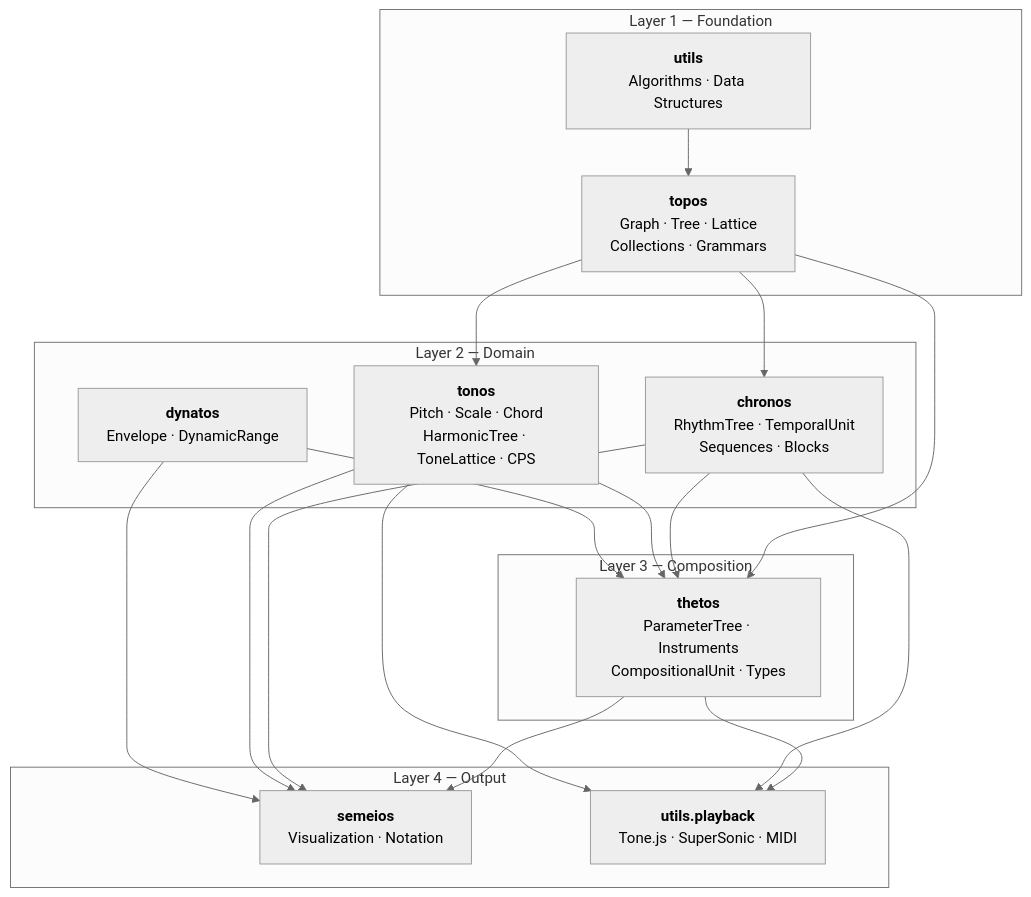
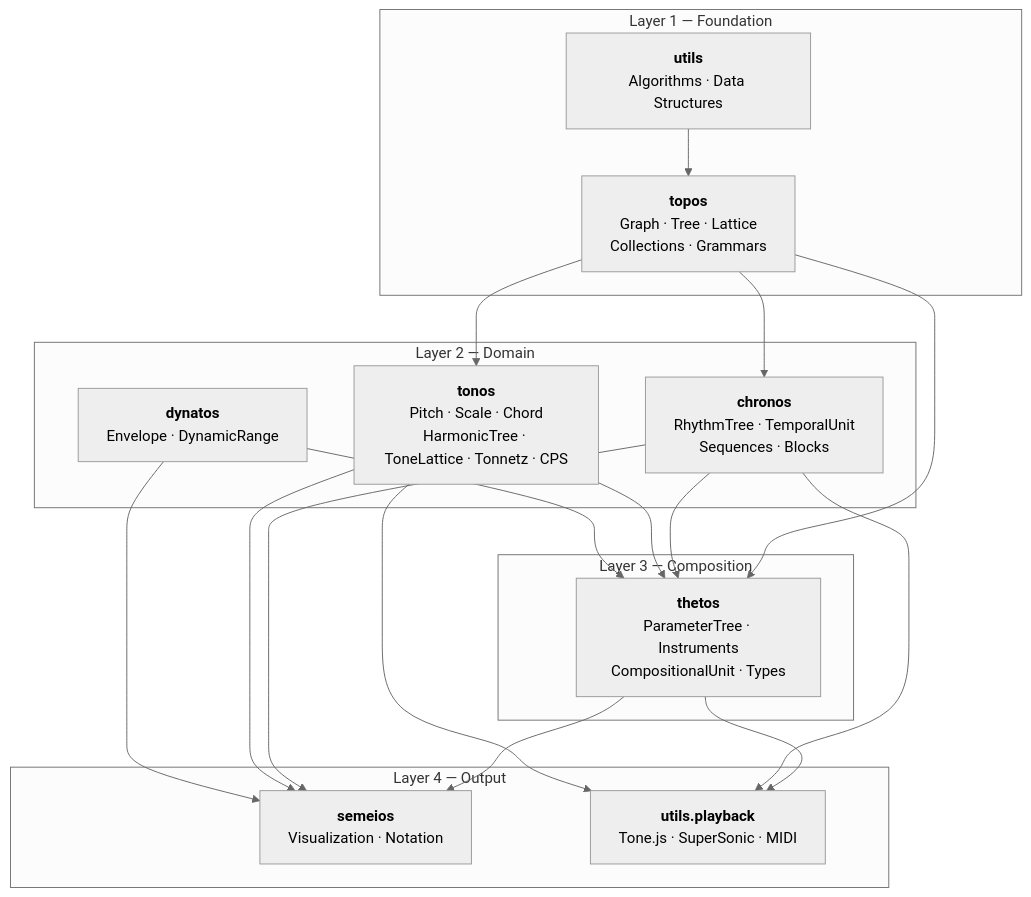
One commit to kr4g/Klotho changed the diagram in docs/architecture/00_OVERVIEW.md. Above: the diagram before and after it, drawn with Mermaid (neutral theme). The commit also changed other lines of this file and 14 other files, not shown here.

First line of the commit message:
Refresh architecture docs and Sphinx index for 10.x API (10.11.1)

````diff
--- a/docs/architecture/00_OVERVIEW.md
+++ b/docs/architecture/00_OVERVIEW.md
@@ -26,39 +26,39 @@
 ```mermaid
 graph TD
     subgraph "Layer 4 — Output"
         semeios["<b>semeios</b><br/>Visualization · Notation"]
         playback["<b>utils.playback</b><br/>Tone.js · SuperSonic · MIDI"]
     end
 
     subgraph "Layer 3 — Composition"
         thetos["<b>thetos</b><br/>ParameterTree · Instruments<br/>CompositionalUnit · Types"]
     end
 
     subgraph "Layer 2 — Domain"
         chronos["<b>chronos</b><br/>RhythmTree · TemporalUnit<br/>Sequences · Blocks"]
-        tonos["<b>tonos</b><br/>Pitch · Scale · Chord<br/>HarmonicTree · ToneLattice · CPS"]
+        tonos["<b>tonos</b><br/>Pitch · Scale · Chord<br/>HarmonicTree · ToneLattice · Tonnetz · CPS"]
         dynatos["<b>dynatos</b><br/>Envelope · DynamicRange"]
     end
 
     subgraph "Layer 1 — Foundation"
         topos["<b>topos</b><br/>Graph · Tree · Lattice<br/>Collections · Grammars"]
         utils["<b>utils</b><br/>Algorithms · Data Structures"]
     end
 
     topos --> chronos
     topos --> tonos
     topos --> thetos
     utils --> topos
 
     chronos --> thetos
     tonos --> thetos
     dynatos --> thetos
 
     thetos --> semeios
     thetos --> playback
     chronos --> semeios
     chronos --> playback
     tonos --> semeios
     tonos --> playback
     dynatos --> semeios
 ```
````
